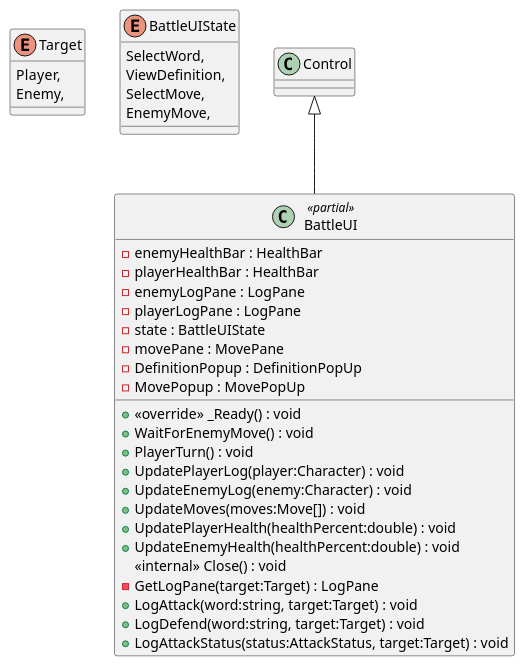
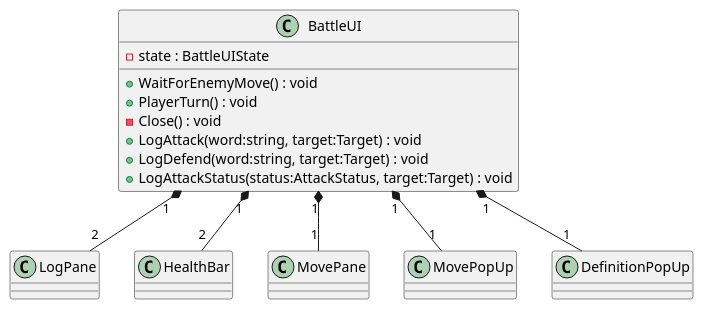
Before and after one commit to Leximon-SWE-2025/Leximon: the diagram in PlantUML/scenes/BattleUI.puml, drawn with PlantUML. The commit also changed 65 other files, not shown here.

Commit message:
update class diagram

```diff
--- a/PlantUML/scenes/BattleUI.puml
+++ b/PlantUML/scenes/BattleUI.puml
@@ -1,36 +1,28 @@
-@startuml
-enum Target {
-    Player,
-    Enemy,
-}
-enum BattleUIState {
-    SelectWord,
-    ViewDefinition,
-    SelectMove,
-    EnemyMove,
-}
-class BattleUI <<partial>> {
-    - enemyHealthBar : HealthBar
-    - playerHealthBar : HealthBar
-    - enemyLogPane : LogPane
-    - playerLogPane : LogPane
+@startuml BattleUI
+class BattleUI{
+    ' - enemyHealthBar : HealthBar
+    ' - playerHealthBar : HealthBar
+    ' - enemyLogPane : LogPane
+    ' - playerLogPane : LogPane
     - state : BattleUIState
-    - movePane : MovePane
-    - DefinitionPopup : DefinitionPopUp
-    - MovePopup : MovePopUp
-    + <<override>> _Ready() : void
+    ' - movePane : MovePane
+    ' - DefinitionPopup : DefinitionPopUp
+    ' - MovePopup : MovePopUp
+    ' + <<override>> _Ready() : void
     + WaitForEnemyMove() : void
     + PlayerTurn() : void
-    + UpdatePlayerLog(player:Character) : void
-    + UpdateEnemyLog(enemy:Character) : void
-    + UpdateMoves(moves:Move[]) : void
-    + UpdatePlayerHealth(healthPercent:double) : void
-    + UpdateEnemyHealth(healthPercent:double) : void
-    <<internal>> Close() : void
-    - GetLogPane(target:Target) : LogPane
+    - Close() : void
+    ' - GetLogPane(target:Target) : LogPane
     + LogAttack(word:string, target:Target) : void
     + LogDefend(word:string, target:Target) : void
     + LogAttackStatus(status:AttackStatus, target:Target) : void
 }
-Control <|-- BattleUI
+' Control <|-- BattleUI
+
+BattleUI "1" *-- "2" LogPane
+BattleUI "1" *-- "2" HealthBar
+BattleUI "1" *-- "1" MovePane
+BattleUI "1" *-- "1" MovePopUp
+BattleUI "1" *-- "1" DefinitionPopUp
+' BattleUI "1" *-- "1" BattleUIState
 @enduml
```
